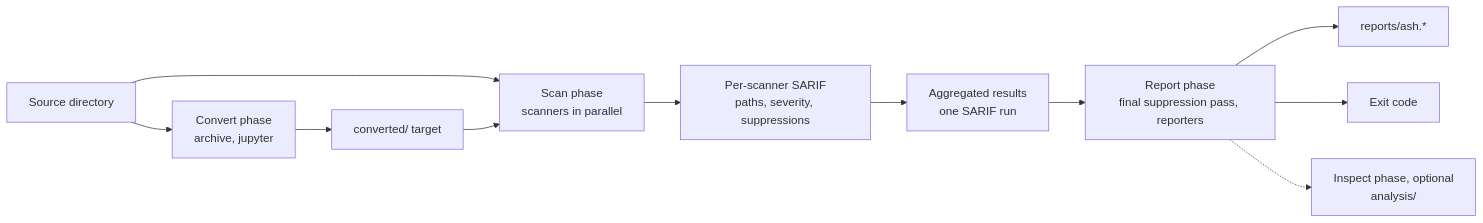
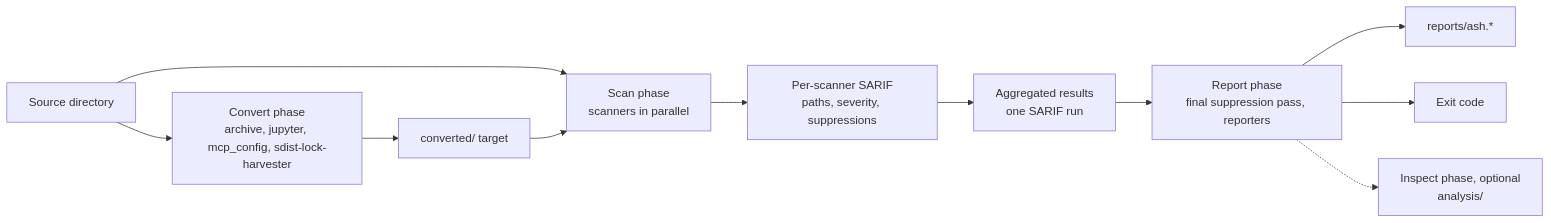
The diagram in docs/content/concepts/how-ash-works.md (awslabs/automated-security-helper), drawn with Mermaid before and after one commit. The commit also changed other lines of this file and 568 other files, not shown here.

````diff
--- a/docs/content/concepts/how-ash-works.md
+++ b/docs/content/concepts/how-ash-works.md
@@ -9,13 +9,13 @@
 ```mermaid
 flowchart LR
-    src[Source directory] --> convert[Convert phase<br/>archive, jupyter]
+    src[Source directory] --> convert[Convert phase<br/>archive, jupyter, mcp_config, sdist-lock-harvester]
     convert --> conv[converted/ target]
     src --> scan
     conv --> scan[Scan phase<br/>scanners in parallel]
     scan --> sarif[Per-scanner SARIF<br/>paths, severity, suppressions]
     sarif --> merged[Aggregated results<br/>one SARIF run]
     merged --> report[Report phase<br/>final suppression pass, reporters]
     report --> out[reports/ash.*]
     report --> code[Exit code]
     report -.-> inspect[Inspect phase, optional<br/>analysis/]
 ```
````
